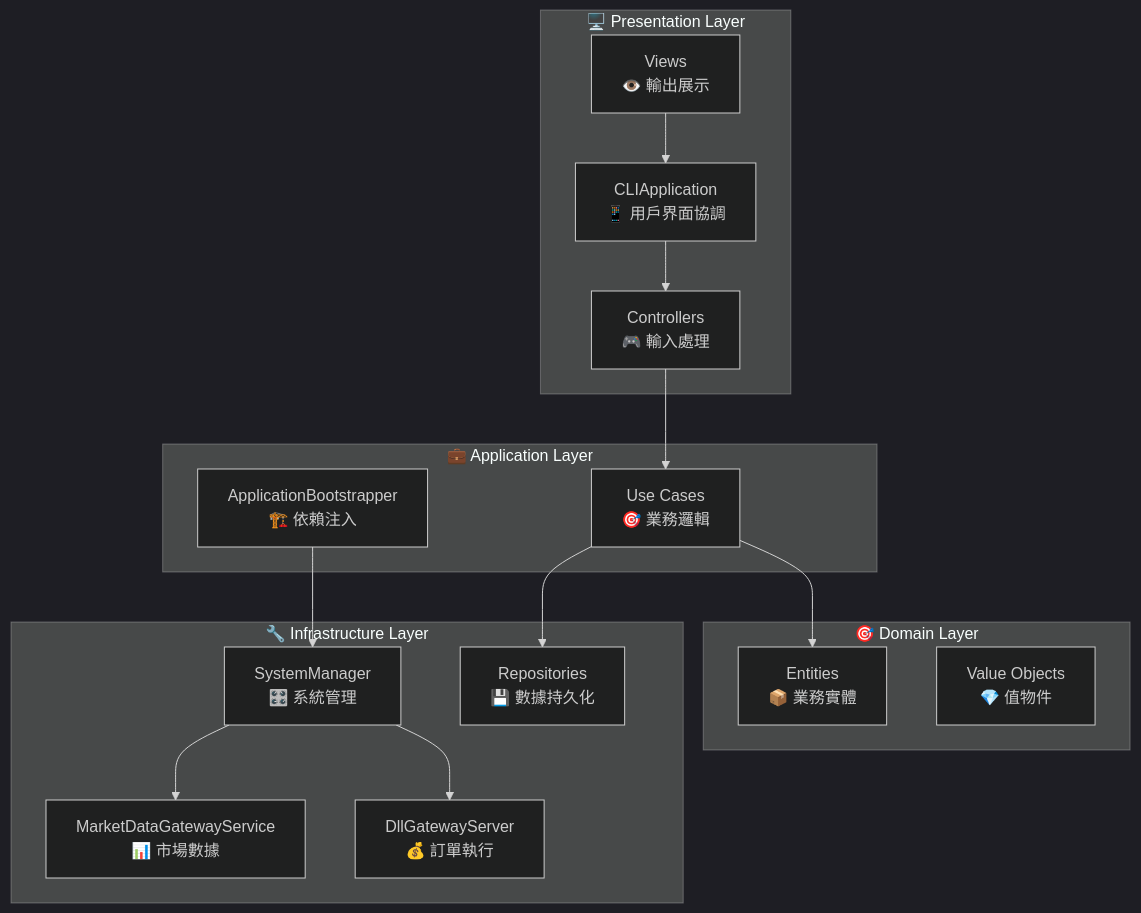
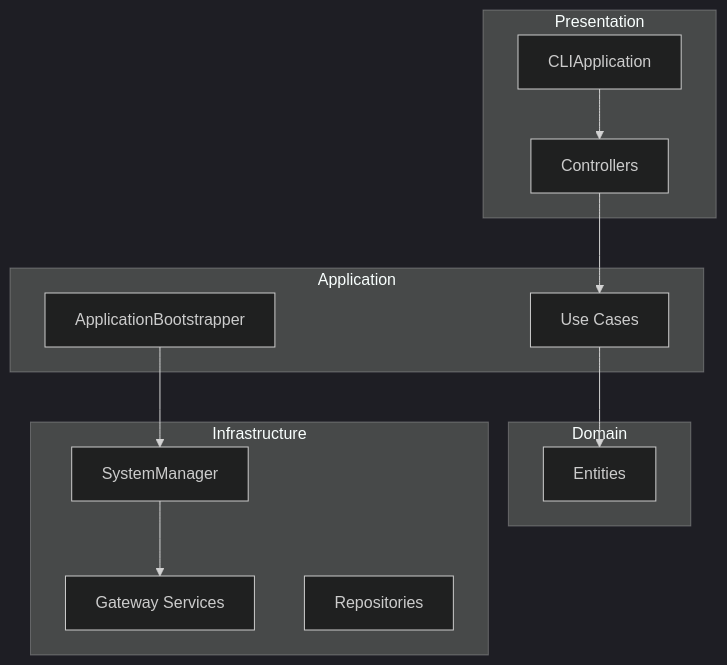
The diagram in CLASS_DESIGN_GUIDE.md (ttpss930141011/auto-futures-trading-machine), drawn with Mermaid (dark theme) before and after one commit. The commit also changed other lines of this file and 1 other file, not shown here.

````diff
--- a/CLASS_DESIGN_GUIDE.md
+++ b/CLASS_DESIGN_GUIDE.md
@@ -29,34 +17,28 @@
 ```mermaid
 graph TD
-    subgraph "🖥️ Presentation Layer"
-        CLI[CLIApplication<br/>📱 用戶界面協調]
-        Controllers[Controllers<br/>🎮 輸入處理]
-        Views[Views<br/>👁️ 輸出展示]
+    subgraph "Presentation"
+        CLI[CLIApplication]
+        Controllers[Controllers]
     end
     
-    subgraph "💼 Application Layer"
-        Bootstrap[ApplicationBootstrapper<br/>🏗️ 依賴注入]
-        UseCases[Use Cases<br/>🎯 業務邏輯]
+    subgraph "Application"
+        Bootstrap[ApplicationBootstrapper]
+        UseCases[Use Cases]
     end
     
-    subgraph "🎯 Domain Layer"
-        Entities[Entities<br/>📦 業務實體]
-        ValueObjects[Value Objects<br/>💎 值物件]
+    subgraph "Domain"
+        Entities[Entities]
     end
     
-    subgraph "🔧 Infrastructure Layer"
-        SystemMgr[SystemManager<br/>🎛️ 系統管理]
-        MarketData[MarketDataGatewayService<br/>📊 市場數據]
-        DllGateway[DllGatewayServer<br/>💰 訂單執行]
-        Repos[Repositories<br/>💾 數據持久化]
+    subgraph "Infrastructure"
+        SystemMgr[SystemManager]
+        Gateways[Gateway Services]
+        Repos[Repositories]
     end
     
     CLI --> Controllers
     Controllers --> UseCases
     UseCases --> Entities
-    UseCases --> Repos
     Bootstrap --> SystemMgr
-    SystemMgr --> MarketData
-    SystemMgr --> DllGateway
-    Views --> CLI
+    SystemMgr --> Gateways
 ```
````
